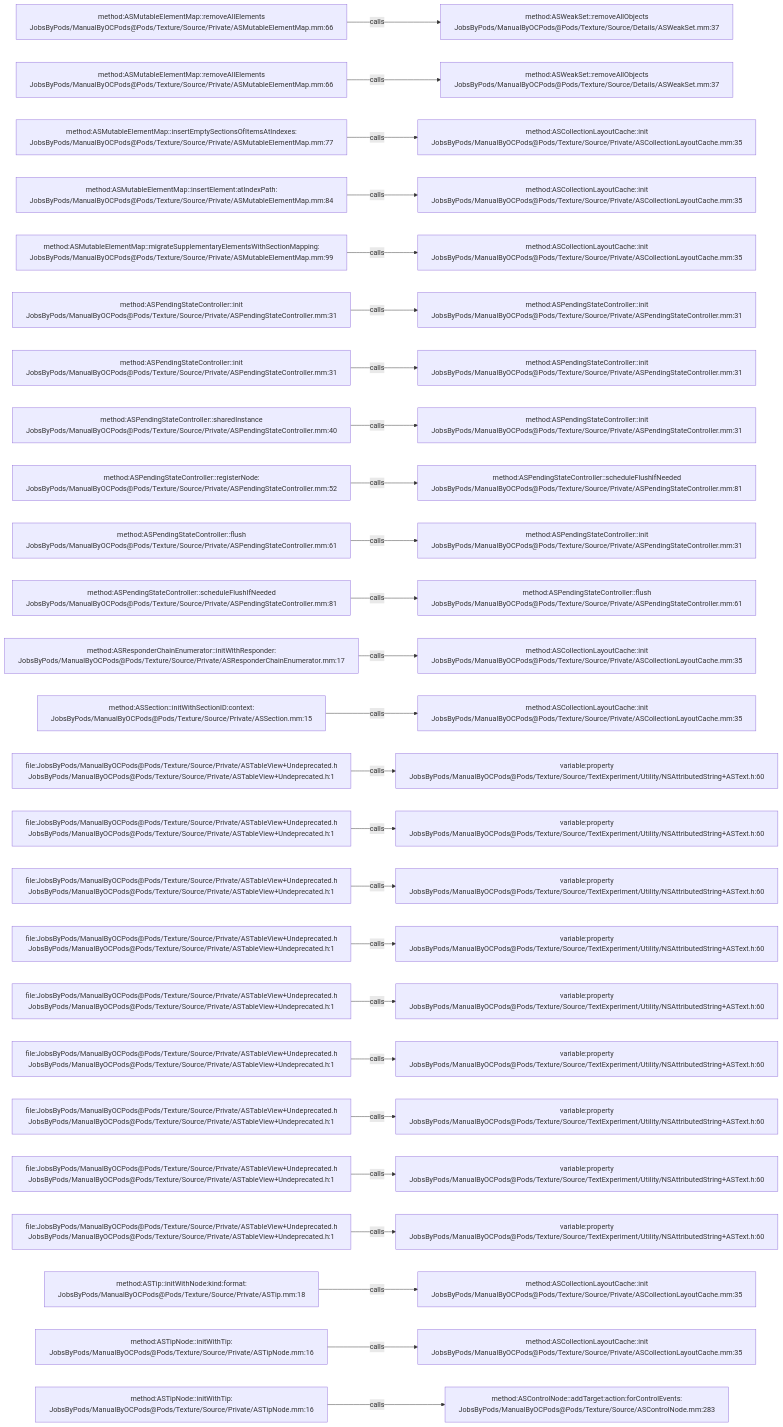
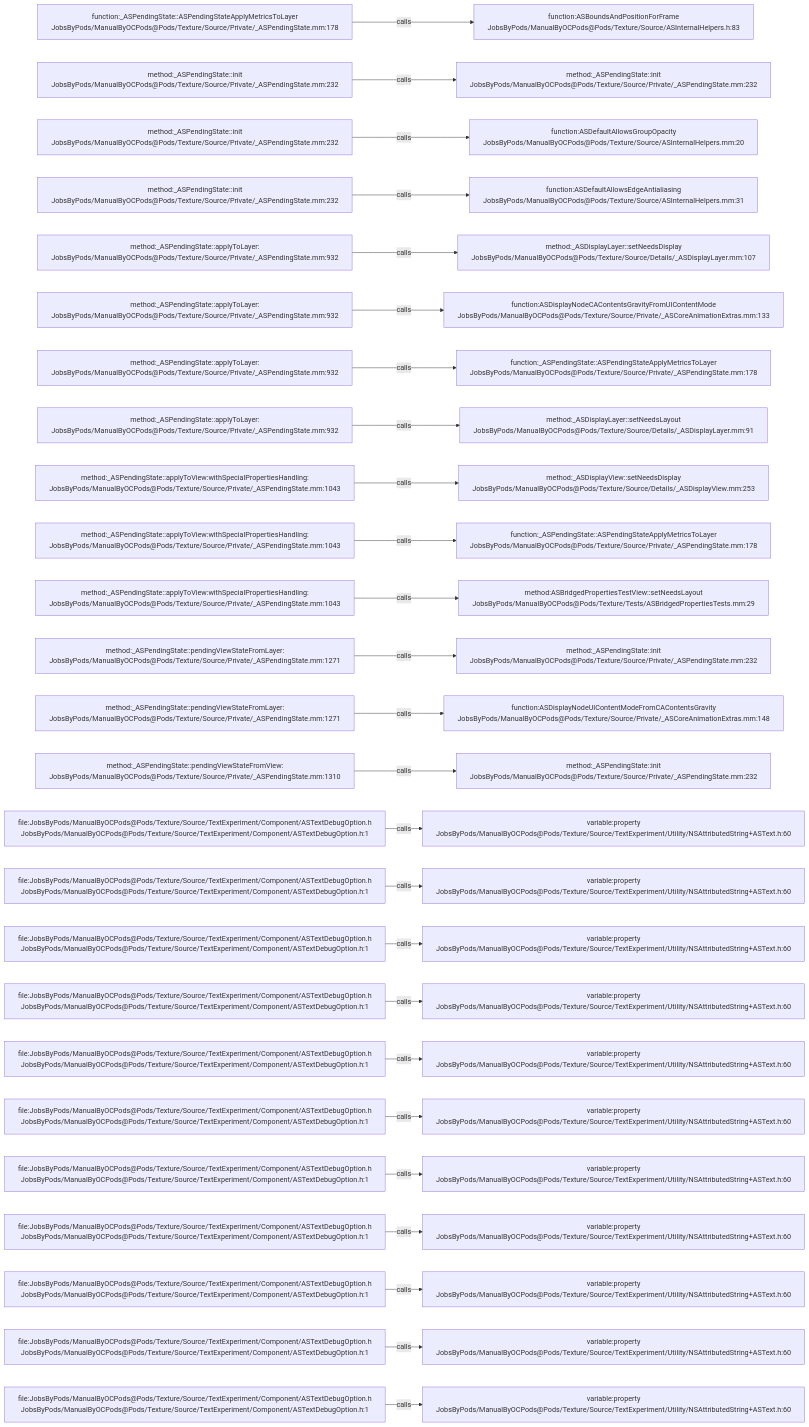
The diagram in .codegraph/codegraph.md/graphs/calls-183.md (JobsKits/JobsOCBaseConfigDemo), drawn with Mermaid before and after one commit. The commit also changed 2723 other files, not shown here.

````diff
--- a/.codegraph/codegraph.md/graphs/calls-183.md
+++ b/.codegraph/codegraph.md/graphs/calls-183.md
@@ -13,78 +13,78 @@
 ```mermaid
 flowchart LR
-  S1["method:ASMutableElementMap::removeAllElements<br/>JobsByPods/ManualByOCPods@Pods/Texture/Source/Private/ASMutableElementMap.mm:66"]
-  T1["method:ASWeakSet::removeAllObjects<br/>JobsByPods/ManualByOCPods@Pods/Texture/Source/Details/ASWeakSet.mm:37"]
+  S1["function:_ASPendingState::ASPendingStateApplyMetricsToLayer<br/>JobsByPods/ManualByOCPods@Pods/Texture/Source/Private/_ASPendingState.mm:178"]
+  T1["function:ASBoundsAndPositionForFrame<br/>JobsByPods/ManualByOCPods@Pods/Texture/Source/ASInternalHelpers.h:83"]
   S1 -->|calls| T1
-  S2["method:ASMutableElementMap::removeAllElements<br/>JobsByPods/ManualByOCPods@Pods/Texture/Source/Private/ASMutableElementMap.mm:66"]
-  T2["method:ASWeakSet::removeAllObjects<br/>JobsByPods/ManualByOCPods@Pods/Texture/Source/Details/ASWeakSet.mm:37"]
+  S2["method:_ASPendingState::init<br/>JobsByPods/ManualByOCPods@Pods/Texture/Source/Private/_ASPendingState.mm:232"]
+  T2["method:_ASPendingState::init<br/>JobsByPods/ManualByOCPods@Pods/Texture/Source/Private/_ASPendingState.mm:232"]
   S2 -->|calls| T2
-  S3["method:ASMutableElementMap::insertEmptySectionsOfItemsAtIndexes:<br/>JobsByPods/ManualByOCPods@Pods/Texture/Source/Private/ASMutableElementMap.mm:77"]
-  T3["method:ASCollectionLayoutCache::init<br/>JobsByPods/ManualByOCPods@Pods/Texture/Source/Private/ASCollectionLayoutCache.mm:35"]
+  S3["method:_ASPendingState::init<br/>JobsByPods/ManualByOCPods@Pods/Texture/Source/Private/_ASPendingState.mm:232"]
+  T3["function:ASDefaultAllowsGroupOpacity<br/>JobsByPods/ManualByOCPods@Pods/Texture/Source/ASInternalHelpers.mm:20"]
   S3 -->|calls| T3
-  S4["method:ASMutableElementMap::insertElement:atIndexPath:<br/>JobsByPods/ManualByOCPods@Pods/Texture/Source/Private/ASMutableElementMap.mm:84"]
-  T4["method:ASCollectionLayoutCache::init<br/>JobsByPods/ManualByOCPods@Pods/Texture/Source/Private/ASCollectionLayoutCache.mm:35"]
+  S4["method:_ASPendingState::init<br/>JobsByPods/ManualByOCPods@Pods/Texture/Source/Private/_ASPendingState.mm:232"]
+  T4["function:ASDefaultAllowsEdgeAntialiasing<br/>JobsByPods/ManualByOCPods@Pods/Texture/Source/ASInternalHelpers.mm:31"]
   S4 -->|calls| T4
-  S5["method:ASMutableElementMap::migrateSupplementaryElementsWithSectionMapping:<br/>JobsByPods/ManualByOCPods@Pods/Texture/Source/Private/ASMutableElementMap.mm:99"]
-  T5["method:ASCollectionLayoutCache::init<br/>JobsByPods/ManualByOCPods@Pods/Texture/Source/Private/ASCollectionLayoutCache.mm:35"]
+  S5["method:_ASPendingState::applyToLayer:<br/>JobsByPods/ManualByOCPods@Pods/Texture/Source/Private/_ASPendingState.mm:932"]
+  T5["method:_ASDisplayLayer::setNeedsDisplay<br/>JobsByPods/ManualByOCPods@Pods/Texture/Source/Details/_ASDisplayLayer.mm:107"]
   S5 -->|calls| T5
-  S6["method:ASPendingStateController::init<br/>JobsByPods/ManualByOCPods@Pods/Texture/Source/Private/ASPendingStateController.mm:31"]
-  T6["method:ASPendingStateController::init<br/>JobsByPods/ManualByOCPods@Pods/Texture/Source/Private/ASPendingStateController.mm:31"]
+  S6["method:_ASPendingState::applyToLayer:<br/>JobsByPods/ManualByOCPods@Pods/Texture/Source/Private/_ASPendingState.mm:932"]
+  T6["function:ASDisplayNodeCAContentsGravityFromUIContentMode<br/>JobsByPods/ManualByOCPods@Pods/Texture/Source/Private/_ASCoreAnimationExtras.mm:133"]
   S6 -->|calls| T6
-  S7["method:ASPendingStateController::init<br/>JobsByPods/ManualByOCPods@Pods/Texture/Source/Private/ASPendingStateController.mm:31"]
-  T7["method:ASPendingStateController::init<br/>JobsByPods/ManualByOCPods@Pods/Texture/Source/Private/ASPendingStateController.mm:31"]
+  S7["method:_ASPendingState::applyToLayer:<br/>JobsByPods/ManualByOCPods@Pods/Texture/Source/Private/_ASPendingState.mm:932"]
+  T7["function:_ASPendingState::ASPendingStateApplyMetricsToLayer<br/>JobsByPods/ManualByOCPods@Pods/Texture/Source/Private/_ASPendingState.mm:178"]
   S7 -->|calls| T7
-  S8["method:ASPendingStateController::sharedInstance<br/>JobsByPods/ManualByOCPods@Pods/Texture/Source/Private/ASPendingStateController.mm:40"]
-  T8["method:ASPendingStateController::init<br/>JobsByPods/ManualByOCPods@Pods/Texture/Source/Private/ASPendingStateController.mm:31"]
+  S8["method:_ASPendingState::applyToLayer:<br/>JobsByPods/ManualByOCPods@Pods/Texture/Source/Private/_ASPendingState.mm:932"]
+  T8["method:_ASDisplayLayer::setNeedsLayout<br/>JobsByPods/ManualByOCPods@Pods/Texture/Source/Details/_ASDisplayLayer.mm:91"]
   S8 -->|calls| T8
-  S9["method:ASPendingStateController::registerNode:<br/>JobsByPods/ManualByOCPods@Pods/Texture/Source/Private/ASPendingStateController.mm:52"]
-  T9["method:ASPendingStateController::scheduleFlushIfNeeded<br/>JobsByPods/ManualByOCPods@Pods/Texture/Source/Private/ASPendingStateController.mm:81"]
+  S9["method:_ASPendingState::applyToView:withSpecialPropertiesHandling:<br/>JobsByPods/ManualByOCPods@Pods/Texture/Source/Private/_ASPendingState.mm:1043"]
+  T9["method:_ASDisplayView::setNeedsDisplay<br/>JobsByPods/ManualByOCPods@Pods/Texture/Source/Details/_ASDisplayView.mm:253"]
   S9 -->|calls| T9
-  S10["method:ASPendingStateController::flush<br/>JobsByPods/ManualByOCPods@Pods/Texture/Source/Private/ASPendingStateController.mm:61"]
-  T10["method:ASPendingStateController::init<br/>JobsByPods/ManualByOCPods@Pods/Texture/Source/Private/ASPendingStateController.mm:31"]
+  S10["method:_ASPendingState::applyToView:withSpecialPropertiesHandling:<br/>JobsByPods/ManualByOCPods@Pods/Texture/Source/Private/_ASPendingState.mm:1043"]
+  T10["function:_ASPendingState::ASPendingStateApplyMetricsToLayer<br/>JobsByPods/ManualByOCPods@Pods/Texture/Source/Private/_ASPendingState.mm:178"]
   S10 -->|calls| T10
-  S11["method:ASPendingStateController::scheduleFlushIfNeeded<br/>JobsByPods/ManualByOCPods@Pods/Texture/Source/Private/ASPendingStateController.mm:81"]
-  T11["method:ASPendingStateController::flush<br/>JobsByPods/ManualByOCPods@Pods/Texture/Source/Private/ASPendingStateController.mm:61"]
+  S11["method:_ASPendingState::applyToView:withSpecialPropertiesHandling:<br/>JobsByPods/ManualByOCPods@Pods/Texture/Source/Private/_ASPendingState.mm:1043"]
+  T11["method:ASBridgedPropertiesTestView::setNeedsLayout<br/>JobsByPods/ManualByOCPods@Pods/Texture/Tests/ASBridgedPropertiesTests.mm:29"]
   S11 -->|calls| T11
-  S12["method:ASResponderChainEnumerator::initWithResponder:<br/>JobsByPods/ManualByOCPods@Pods/Texture/Source/Private/ASResponderChainEnumerator.mm:17"]
-  T12["method:ASCollectionLayoutCache::init<br/>JobsByPods/ManualByOCPods@Pods/Texture/Source/Private/ASCollectionLayoutCache.mm:35"]
+  S12["method:_ASPendingState::pendingViewStateFromLayer:<br/>JobsByPods/ManualByOCPods@Pods/Texture/Source/Private/_ASPendingState.mm:1271"]
+  T12["method:_ASPendingState::init<br/>JobsByPods/ManualByOCPods@Pods/Texture/Source/Private/_ASPendingState.mm:232"]
   S12 -->|calls| T12
-  S13["method:ASSection::initWithSectionID:context:<br/>JobsByPods/ManualByOCPods@Pods/Texture/Source/Private/ASSection.mm:15"]
-  T13["method:ASCollectionLayoutCache::init<br/>JobsByPods/ManualByOCPods@Pods/Texture/Source/Private/ASCollectionLayoutCache.mm:35"]
+  S13["method:_ASPendingState::pendingViewStateFromLayer:<br/>JobsByPods/ManualByOCPods@Pods/Texture/Source/Private/_ASPendingState.mm:1271"]
+  T13["function:ASDisplayNodeUIContentModeFromCAContentsGravity<br/>JobsByPods/ManualByOCPods@Pods/Texture/Source/Private/_ASCoreAnimationExtras.mm:148"]
   S13 -->|calls| T13
-  S14["file:JobsByPods/ManualByOCPods@Pods/Texture/Source/Private/ASTableView+Undeprecated.h<br/>JobsByPods/ManualByOCPods@Pods/Texture/Source/Private/ASTableView+Undeprecated.h:1"]
-  T14["variable:property<br/>JobsByPods/ManualByOCPods@Pods/Texture/Source/TextExperiment/Utility/NSAttributedString+ASText.h:60"]
+  S14["method:_ASPendingState::pendingViewStateFromView:<br/>JobsByPods/ManualByOCPods@Pods/Texture/Source/Private/_ASPendingState.mm:1310"]
+  T14["method:_ASPendingState::init<br/>JobsByPods/ManualByOCPods@Pods/Texture/Source/Private/_ASPendingState.mm:232"]
   S14 -->|calls| T14
-  S15["file:JobsByPods/ManualByOCPods@Pods/Texture/Source/Private/ASTableView+Undeprecated.h<br/>JobsByPods/ManualByOCPods@Pods/Texture/Source/Private/ASTableView+Undeprecated.h:1"]
+  S15["file:JobsByPods/ManualByOCPods@Pods/Texture/Source/TextExperiment/Component/ASTextDebugOption.h<br/>JobsByPods/ManualByOCPods@Pods/Texture/Source/TextExperiment/Component/ASTextDebugOption.h:1"]
   T15["variable:property<br/>JobsByPods/ManualByOCPods@Pods/Texture/Source/TextExperiment/Utility/NSAttributedString+ASText.h:60"]
   S15 -->|calls| T15
-  S16["file:JobsByPods/ManualByOCPods@Pods/Texture/Source/Private/ASTableView+Undeprecated.h<br/>JobsByPods/ManualByOCPods@Pods/Texture/Source/Private/ASTableView+Undeprecated.h:1"]
+  S16["file:JobsByPods/ManualByOCPods@Pods/Texture/Source/TextExperiment/Component/ASTextDebugOption.h<br/>JobsByPods/ManualByOCPods@Pods/Texture/Source/TextExperiment/Component/ASTextDebugOption.h:1"]
   T16["variable:property<br/>JobsByPods/ManualByOCPods@Pods/Texture/Source/TextExperiment/Utility/NSAttributedString+ASText.h:60"]
   S16 -->|calls| T16
-  S17["file:JobsByPods/ManualByOCPods@Pods/Texture/Source/Private/ASTableView+Undeprecated.h<br/>JobsByPods/ManualByOCPods@Pods/Texture/Source/Private/ASTableView+Undeprecated.h:1"]
+  S17["file:JobsByPods/ManualByOCPods@Pods/Texture/Source/TextExperiment/Component/ASTextDebugOption.h<br/>JobsByPods/ManualByOCPods@Pods/Texture/Source/TextExperiment/Component/ASTextDebugOption.h:1"]
   T17["variable:property<br/>JobsByPods/ManualByOCPods@Pods/Texture/Source/TextExperiment/Utility/NSAttributedString+ASText.h:60"]
   S17 -->|calls| T17
-  S18["file:JobsByPods/ManualByOCPods@Pods/Texture/Source/Private/ASTableView+Undeprecated.h<br/>JobsByPods/ManualByOCPods@Pods/Texture/Source/Private/ASTableView+Undeprecated.h:1"]
+  S18["file:JobsByPods/ManualByOCPods@Pods/Texture/Source/TextExperiment/Component/ASTextDebugOption.h<br/>JobsByPods/ManualByOCPods@Pods/Texture/Source/TextExperiment/Component/ASTextDebugOption.h:1"]
   T18["variable:property<br/>JobsByPods/ManualByOCPods@Pods/Texture/Source/TextExperiment/Utility/NSAttributedString+ASText.h:60"]
   S18 -->|calls| T18
-  S19["file:JobsByPods/ManualByOCPods@Pods/Texture/Source/Private/ASTableView+Undeprecated.h<br/>JobsByPods/ManualByOCPods@Pods/Texture/Source/Private/ASTableView+Undeprecated.h:1"]
+  S19["file:JobsByPods/ManualByOCPods@Pods/Texture/Source/TextExperiment/Component/ASTextDebugOption.h<br/>JobsByPods/ManualByOCPods@Pods/Texture/Source/TextExperiment/Component/ASTextDebugOption.h:1"]
   T19["variable:property<br/>JobsByPods/ManualByOCPods@Pods/Texture/Source/TextExperiment/Utility/NSAttributedString+ASText.h:60"]
   S19 -->|calls| T19
-  S20["file:JobsByPods/ManualByOCPods@Pods/Texture/Source/Private/ASTableView+Undeprecated.h<br/>JobsByPods/ManualByOCPods@Pods/Texture/Source/Private/ASTableView+Undeprecated.h:1"]
+  S20["file:JobsByPods/ManualByOCPods@Pods/Texture/Source/TextExperiment/Component/ASTextDebugOption.h<br/>JobsByPods/ManualByOCPods@Pods/Texture/Source/TextExperiment/Component/ASTextDebugOption.h:1"]
   T20["variable:property<br/>JobsByPods/ManualByOCPods@Pods/Texture/Source/TextExperiment/Utility/NSAttributedString+ASText.h:60"]
   S20 -->|calls| T20
-  S21["file:JobsByPods/ManualByOCPods@Pods/Texture/Source/Private/ASTableView+Undeprecated.h<br/>JobsByPods/ManualByOCPods@Pods/Texture/Source/Private/ASTableView+Undeprecated.h:1"]
+  S21["file:JobsByPods/ManualByOCPods@Pods/Texture/Source/TextExperiment/Component/ASTextDebugOption.h<br/>JobsByPods/ManualByOCPods@Pods/Texture/Source/TextExperiment/Component/ASTextDebugOption.h:1"]
   T21["variable:property<br/>JobsByPods/ManualByOCPods@Pods/Texture/Source/TextExperiment/Utility/NSAttributedString+ASText.h:60"]
   S21 -->|calls| T21
-  S22["file:JobsByPods/ManualByOCPods@Pods/Texture/Source/Private/ASTableView+Undeprecated.h<br/>JobsByPods/ManualByOCPods@Pods/Texture/Source/Private/ASTableView+Undeprecated.h:1"]
+  S22["file:JobsByPods/ManualByOCPods@Pods/Texture/Source/TextExperiment/Component/ASTextDebugOption.h<br/>JobsByPods/ManualByOCPods@Pods/Texture/Source/TextExperiment/Component/ASTextDebugOption.h:1"]
   T22["variable:property<br/>JobsByPods/ManualByOCPods@Pods/Texture/Source/TextExperiment/Utility/NSAttributedString+ASText.h:60"]
   S22 -->|calls| T22
-  S23["method:ASTip::initWithNode:kind:format:<br/>JobsByPods/ManualByOCPods@Pods/Texture/Source/Private/ASTip.mm:18"]
-  T23["method:ASCollectionLayoutCache::init<br/>JobsByPods/ManualByOCPods@Pods/Texture/Source/Private/ASCollectionLayoutCache.mm:35"]
+  S23["file:JobsByPods/ManualByOCPods@Pods/Texture/Source/TextExperiment/Component/ASTextDebugOption.h<br/>JobsByPods/ManualByOCPods@Pods/Texture/Source/TextExperiment/Component/ASTextDebugOption.h:1"]
+  T23["variable:property<br/>JobsByPods/ManualByOCPods@Pods/Texture/Source/TextExperiment/Utility/NSAttributedString+ASText.h:60"]
   S23 -->|calls| T23
-  S24["method:ASTipNode::initWithTip:<br/>JobsByPods/ManualByOCPods@Pods/Texture/Source/Private/ASTipNode.mm:16"]
-  T24["method:ASCollectionLayoutCache::init<br/>JobsByPods/ManualByOCPods@Pods/Texture/Source/Private/ASCollectionLayoutCache.mm:35"]
+  S24["file:JobsByPods/ManualByOCPods@Pods/Texture/Source/TextExperiment/Component/ASTextDebugOption.h<br/>JobsByPods/ManualByOCPods@Pods/Texture/Source/TextExperiment/Component/ASTextDebugOption.h:1"]
+  T24["variable:property<br/>JobsByPods/ManualByOCPods@Pods/Texture/Source/TextExperiment/Utility/NSAttributedString+ASText.h:60"]
   S24 -->|calls| T24
-  S25["method:ASTipNode::initWithTip:<br/>JobsByPods/ManualByOCPods@Pods/Texture/Source/Private/ASTipNode.mm:16"]
-  T25["method:ASControlNode::addTarget:action:forControlEvents:<br/>JobsByPods/ManualByOCPods@Pods/Texture/Source/ASControlNode.mm:283"]
+  S25["file:JobsByPods/ManualByOCPods@Pods/Texture/Source/TextExperiment/Component/ASTextDebugOption.h<br/>JobsByPods/ManualByOCPods@Pods/Texture/Source/TextExperiment/Component/ASTextDebugOption.h:1"]
+  T25["variable:property<br/>JobsByPods/ManualByOCPods@Pods/Texture/Source/TextExperiment/Utility/NSAttributedString+ASText.h:60"]
   S25 -->|calls| T25
 ```
````
